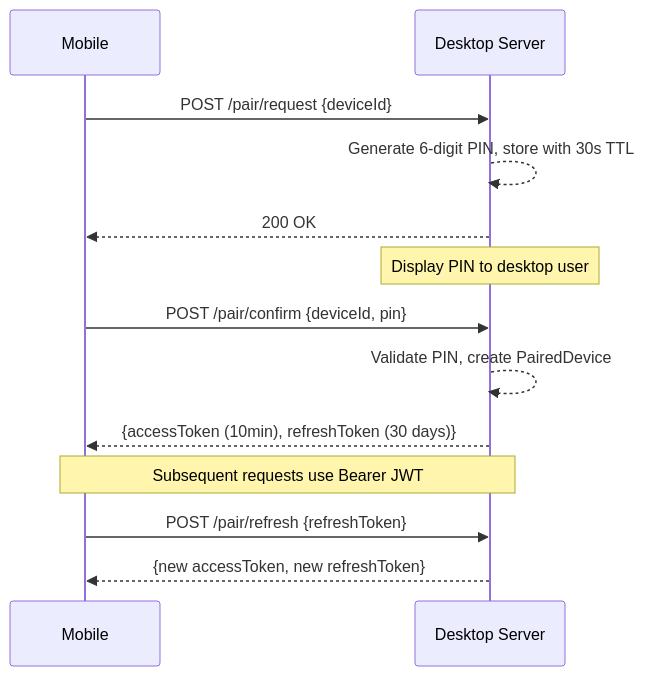
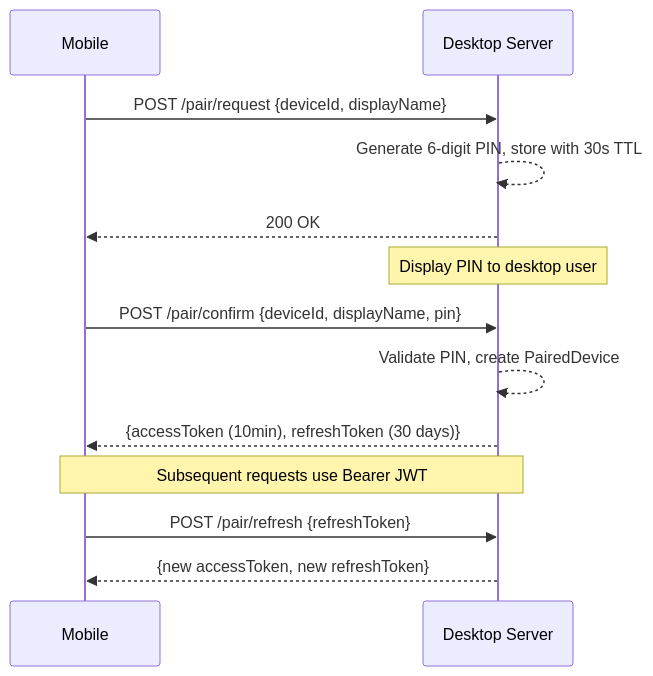
One commit to MoridinBG/Sufni.app changed the diagram in docs/architecture/sync.md. Above: the diagram before and after it, drawn with Mermaid. The commit also changed other lines of this file and 7 other files, not shown here.

````diff
--- a/docs/architecture/sync.md
+++ b/docs/architecture/sync.md
@@ -9,19 +9,19 @@
 ```mermaid
 sequenceDiagram
     participant Mobile
     participant Server as Desktop Server
 
-    Mobile->>Server: POST /pair/request {deviceId}
+    Mobile->>Server: POST /pair/request {deviceId, displayName}
     Server-->>Server: Generate 6-digit PIN, store with 30s TTL
     Server-->>Mobile: 200 OK
     Note over Server: Display PIN to desktop user
 
-    Mobile->>Server: POST /pair/confirm {deviceId, pin}
+    Mobile->>Server: POST /pair/confirm {deviceId, displayName, pin}
     Server-->>Server: Validate PIN, create PairedDevice
     Server-->>Mobile: {accessToken (10min), refreshToken (30 days)}
 
     Note over Mobile,Server: Subsequent requests use Bearer JWT
 
     Mobile->>Server: POST /pair/refresh {refreshToken}
     Server-->>Mobile: {new accessToken, new refreshToken}
 ```
````
